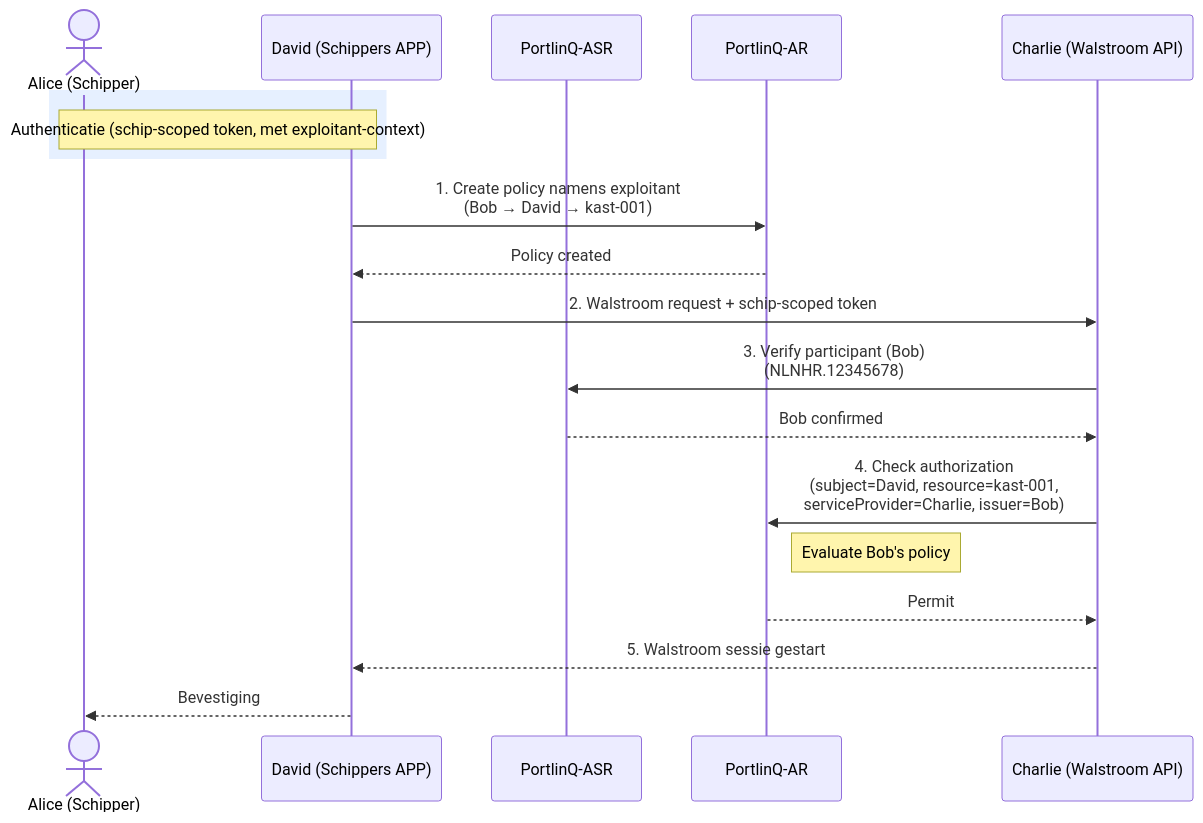
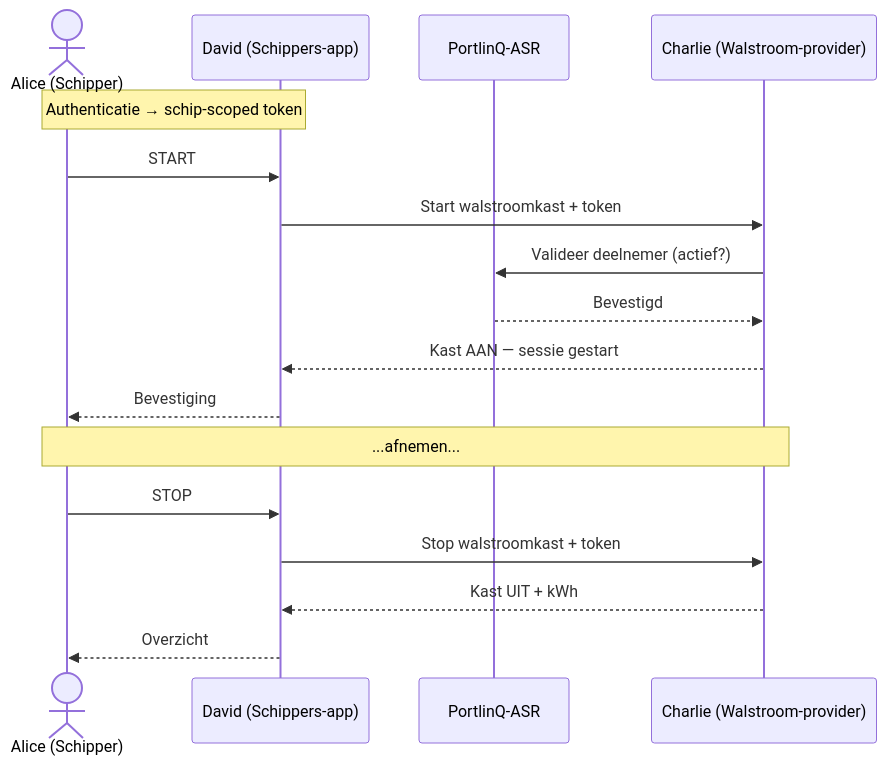
One commit to POORT8/Poort8.Docs changed the diagram in portlinq/walstroom-toegang.md. Above: the diagram before and after it, drawn with Mermaid. The commit also changed other lines of this file and 1 other file, not shown here.

````diff
--- a/portlinq/walstroom-toegang.md
+++ b/portlinq/walstroom-toegang.md
@@ -15,24 +22,21 @@
 ```mermaid
 sequenceDiagram
     actor Alice as Alice (Schipper)
-    participant David as David (Schippers APP)
+    participant David as David (Schippers-app)
     participant ASR as PortlinQ-ASR
-    participant AR as PortlinQ-AR
-    participant Charlie as Charlie (Walstroom API)
+    participant Charlie as Charlie (Walstroom-provider)
 
-    rect rgb(230, 240, 255)
-        Note over Alice,David: Authenticatie (schip-scoped token, met exploitant-context)
-    end
+    Note over Alice,David: Authenticatie → schip-scoped token
 
-    David->>AR: 1. Create policy namens exploitant<br/>(Bob → David → kast-001)
-    AR-->>David: Policy created
-
-    David->>Charlie: 2. Walstroom request + schip-scoped token
-    Charlie->>ASR: 3. Verify participant (Bob)<br/>(NLNHR.12345678)
-    ASR-->>Charlie: Bob confirmed
-    Charlie->>AR: 4. Check authorization<br/>(subject=David, resource=kast-001,<br/>serviceProvider=Charlie, issuer=Bob)
-    Note right of AR: Evaluate Bob's policy
-    AR-->>Charlie: Permit
-    Charlie-->>David: 5. Walstroom sessie gestart
+    Alice->>David: START
+    David->>Charlie: Start walstroomkast + token
+    Charlie->>ASR: Valideer deelnemer (actief?)
+    ASR-->>Charlie: Bevestigd
+    Charlie-->>David: Kast AAN — sessie gestart
     David-->>Alice: Bevestiging
+    Note over Alice,Charlie: ...afnemen...
+    Alice->>David: STOP
+    David->>Charlie: Stop walstroomkast + token
+    Charlie-->>David: Kast UIT + kWh
+    David-->>Alice: Overzicht
 ```
````
